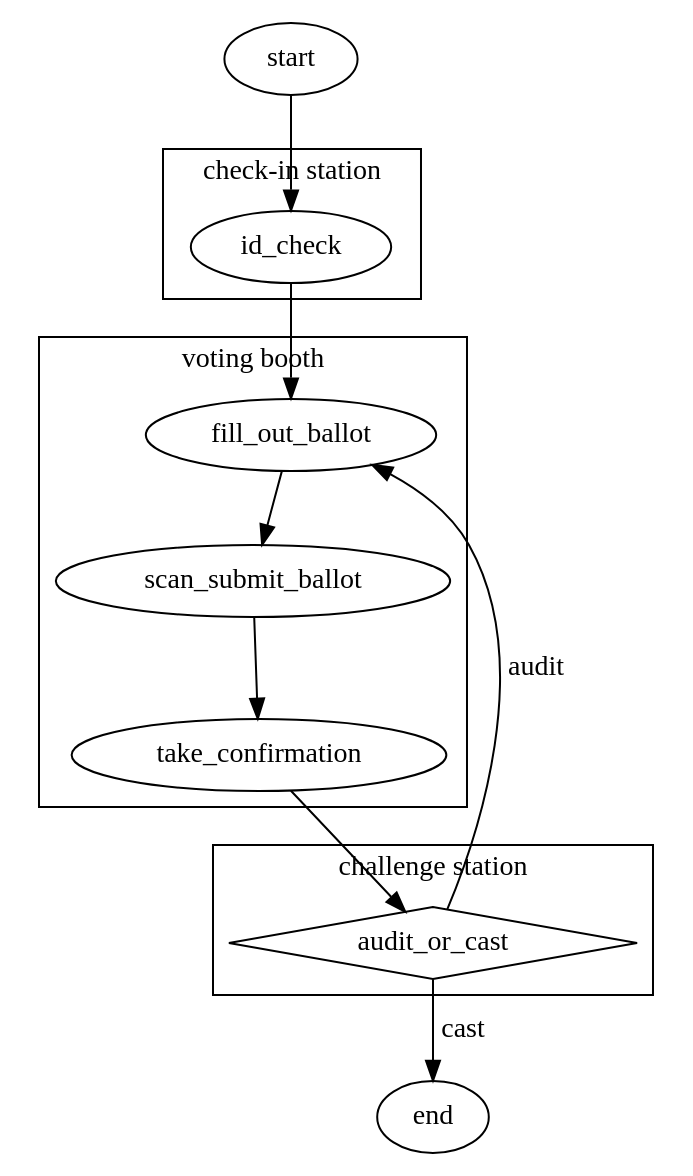
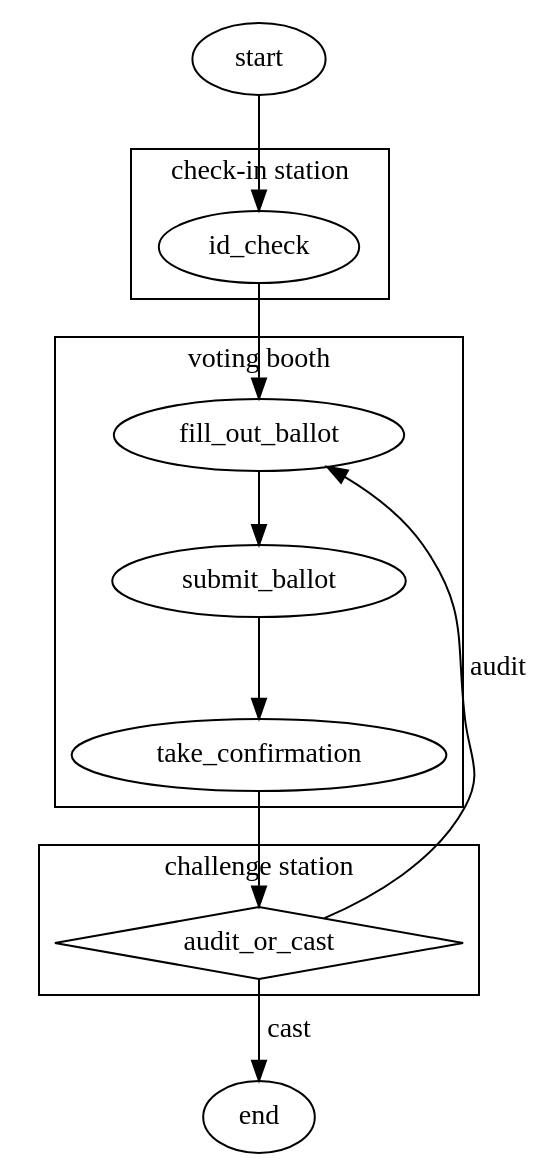
Before and after one commit to jefdaj/cryptoisland: the diagram in src/posts/2024/10/15/mechanics-of-the-benaloh-challenge/current-workflow.dot, drawn with Graphviz. The commit also changed 3 other files, not shown here.

```diff
--- a/src/posts/2024/10/15/mechanics-of-the-benaloh-challenge/current-workflow.dot
+++ b/src/posts/2024/10/15/mechanics-of-the-benaloh-challenge/current-workflow.dot
@@ -1,28 +1,28 @@
 digraph current_workflow {
   start
   end
   start -> id_check
   subgraph cluster_votingbooth {
     label="voting booth"
-    fill_out_ballot -> scan_submit_ballot -> take_confirmation
+    fill_out_ballot -> submit_ballot -> take_confirmation
   }
   subgraph cluster_checkin {
     label="check-in station"
     id_check -> fill_out_ballot
   }
   subgraph cluster_challenge {
     label="challenge station"
     audit_or_cast [shape=diamond]
   }
   // TODO separate post
   // subgraph cluster_verify {
   //   label="verify tally"
   //   verify_vote_included -> verify_tally
   // }
   take_confirmation -> audit_or_cast
-  audit_or_cast -> fill_out_ballot [label="audit"]
+  audit_or_cast -> fill_out_ballot [label="audit", weight=0]
   // audit_or_cast -> verify_vote_included [label="cast"]
   audit_or_cast -> end [label="cast"]
   // verify_vote_included -> end
   // verify_tally -> end
 }
```
